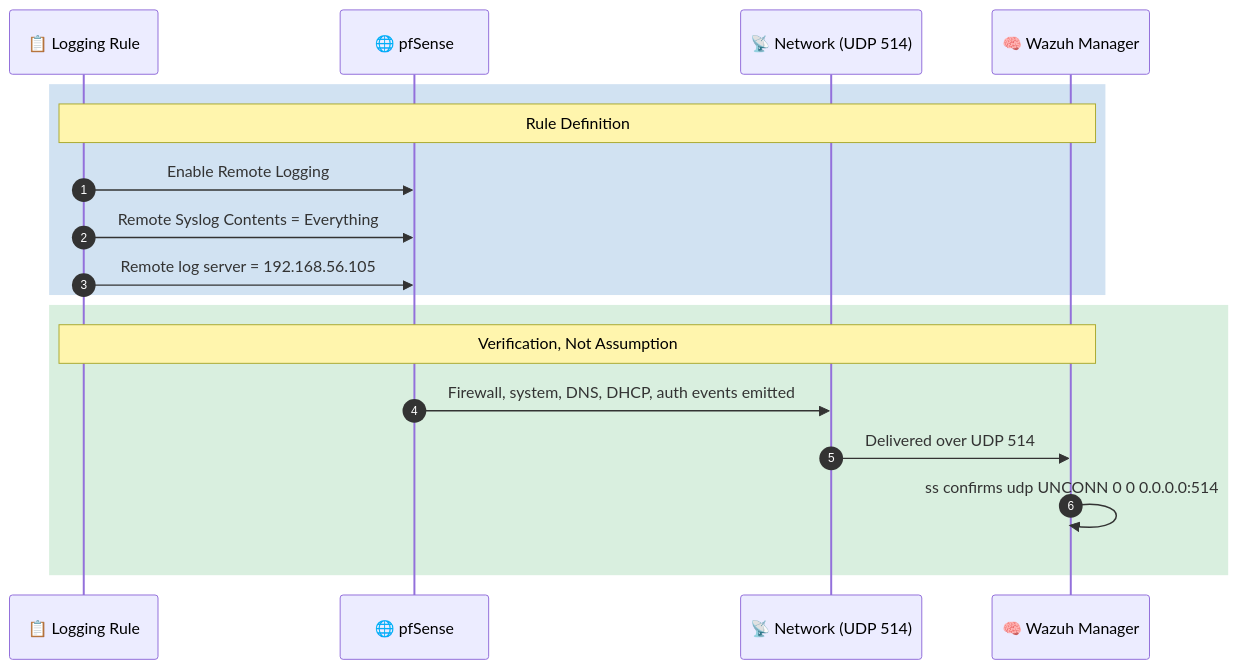
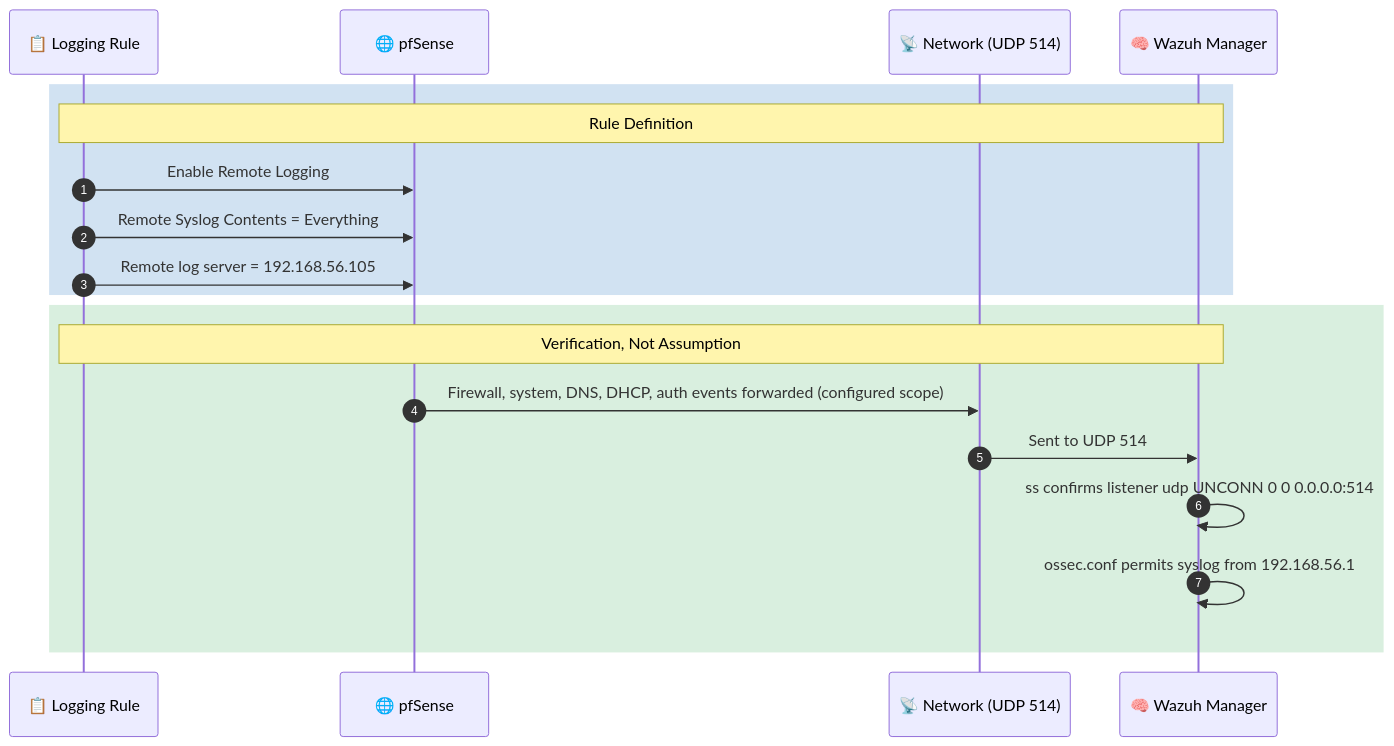
One commit to malaika-azhar/Cybersecurity-Lab-Projects changed the fourth of 4 diagrams in 3-Advanced-Cyber-Projects/project-04-firewall-rules-configuration/README.md. Above: the diagram before and after it, drawn with Mermaid. The commit also changed other lines of this file, not shown here.

````diff
--- a/3-Advanced-Cyber-Projects/project-04-firewall-rules-configuration/README.md
+++ b/3-Advanced-Cyber-Projects/project-04-firewall-rules-configuration/README.md
@@ -245,22 +245,23 @@
 ```mermaid
 sequenceDiagram
     autonumber
     participant R as 📋 Logging Rule
     participant F as 🌐 pfSense
     participant N as 📡 Network (UDP 514)
     participant W as 🧠 Wazuh Manager
 
     rect rgba(0, 94, 184, 0.18)
     Note over R,W: Rule Definition
     R->>F: Enable Remote Logging
     R->>F: Remote Syslog Contents = Everything
     R->>F: Remote log server = 192.168.56.105
     end
 
     rect rgba(46, 164, 79, 0.18)
     Note over R,W: Verification, Not Assumption
-    F->>N: Firewall, system, DNS, DHCP, auth events emitted
-    N->>W: Delivered over UDP 514
-    W->>W: ss confirms udp UNCONN 0 0 0.0.0.0:514
+    F->>N: Firewall, system, DNS, DHCP, auth events forwarded (configured scope)
+    N->>W: Sent to UDP 514
+    W->>W: ss confirms listener udp UNCONN 0 0 0.0.0.0:514
+    W->>W: ossec.conf permits syslog from 192.168.56.1
     end
 ```
````
